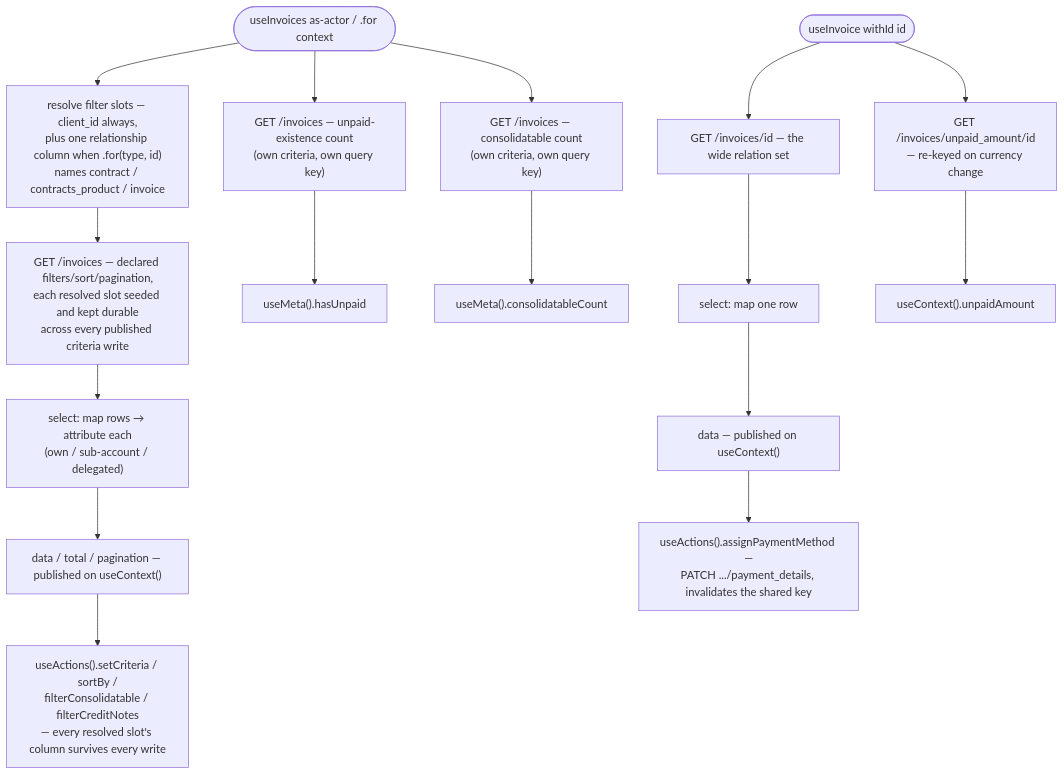
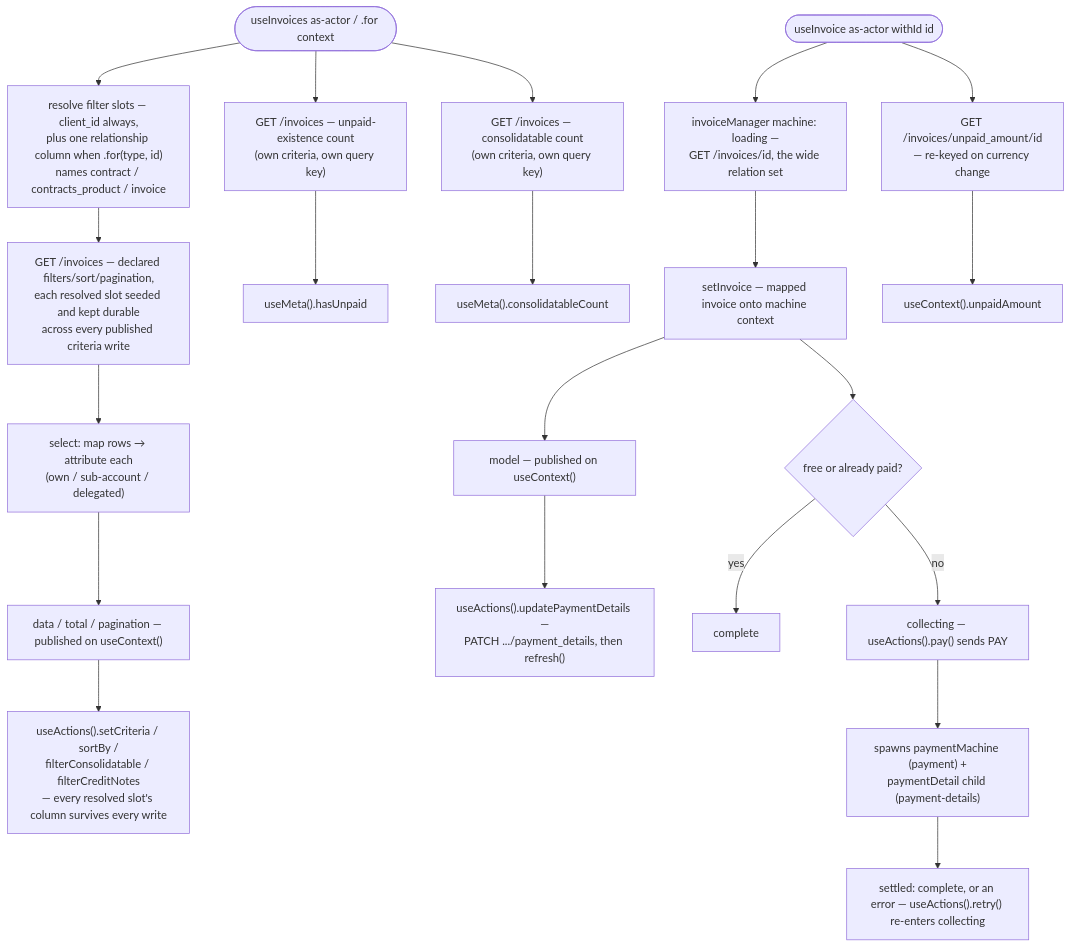
One commit to upmind/upmind-ui changed the diagram in packages/headless/src/modules/invoices/docs/architecture.md. Above: the diagram before and after it, drawn with Mermaid. The commit also changed other lines of this file and 4606 other files, not shown here.

````diff
--- a/packages/headless/src/modules/invoices/docs/architecture.md
+++ b/packages/headless/src/modules/invoices/docs/architecture.md
@@ -11,20 +11,25 @@
 ```mermaid
 flowchart TD
     A([useInvoices as-actor / .for context]) --> B["resolve filter slots — client_id always,<br/>plus one relationship column when .for(type, id)<br/>names contract / contracts_product / invoice"]
     B --> C["GET /invoices — declared filters/sort/pagination,<br/>each resolved slot seeded and kept durable<br/>across every published criteria write"]
     C --> D["select: map rows → attribute each<br/>(own / sub-account / delegated)"]
     D --> E["data / total / pagination — published on useContext()"]
     A --> F["GET /invoices — unpaid-existence count<br/>(own criteria, own query key)"]
     A --> G["GET /invoices — consolidatable count<br/>(own criteria, own query key)"]
     F --> H["useMeta().hasUnpaid"]
     G --> I["useMeta().consolidatableCount"]
 
-    J([useInvoice withId id]) --> K["GET /invoices/id — the wide relation set"]
-    K --> L["select: map one row"]
-    L --> M["data — published on useContext()"]
+    J([useInvoice as-actor withId id]) --> K["invoiceManager machine: loading —<br/>GET /invoices/id, the wide relation set"]
+    K --> L["setInvoice — mapped invoice onto machine context"]
+    L --> M["model — published on useContext()"]
     J --> N["GET /invoices/unpaid_amount/id<br/>— re-keyed on currency change"]
     N --> O["useContext().unpaidAmount"]
+    L --> R{"free or already paid?"}
+    R -- yes --> S["complete"]
+    R -- no --> T["collecting — useActions().pay() sends PAY"]
+    T --> U["spawns paymentMachine (payment) +<br/>paymentDetail child (payment-details)"]
+    U --> V["settled: complete, or an error — useActions().retry() re-enters collecting"]
 
     E --> P["useActions().setCriteria / sortBy /<br/>filterConsolidatable / filterCreditNotes<br/>— every resolved slot's column survives every write"]
-    M --> Q["useActions().assignPaymentMethod —<br/>PATCH .../payment_details, invalidates the shared key"]
+    M --> Q["useActions().updatePaymentDetails —<br/>PATCH .../payment_details, then refresh()"]
 ```
````
